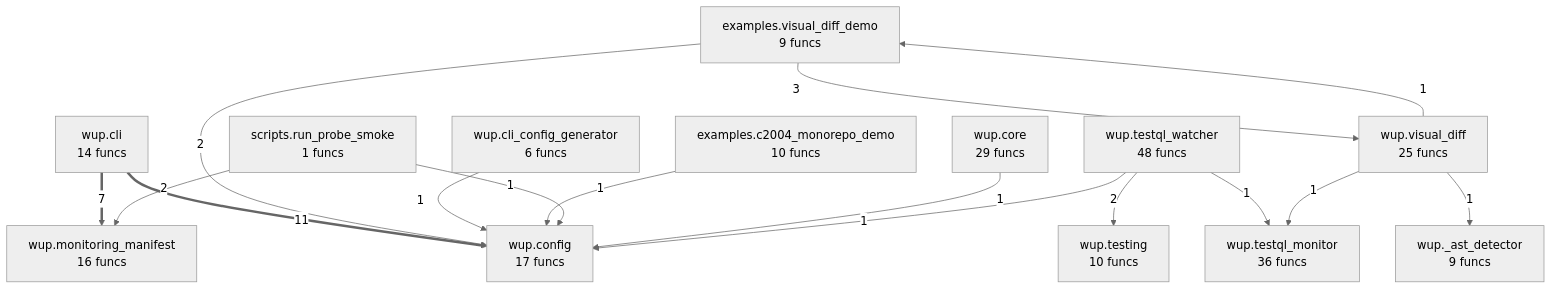
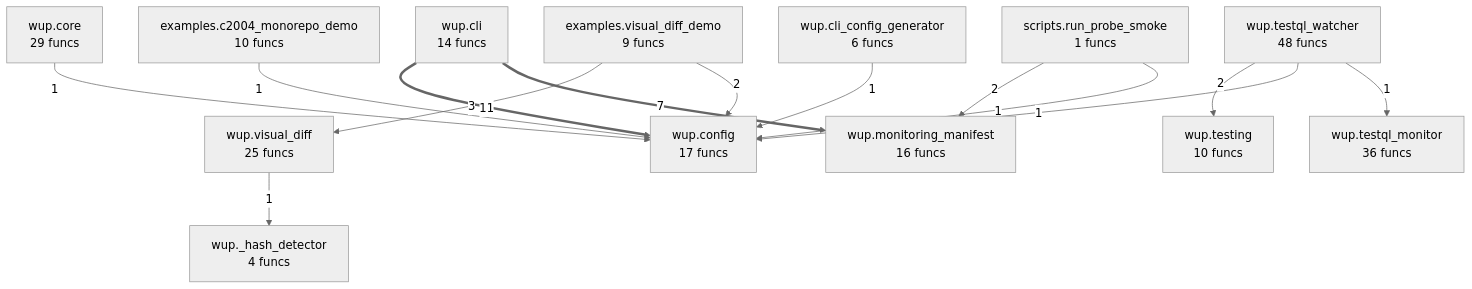
One commit to semcod/wup changed the diagram in project/compact_flow.mmd. Above: the diagram before and after it, drawn with Mermaid (neutral theme). The commit also changed 33 other files, not shown here.

```diff
--- a/project/compact_flow.mmd
+++ b/project/compact_flow.mmd
@@ -1,30 +1,28 @@
 flowchart TD
 %% generated in 0.01s
     examples__c2004_monorepo_demo["examples.c2004_monorepo_demo<br/>10 funcs"]
     examples__visual_diff_demo["examples.visual_diff_demo<br/>9 funcs"]
     scripts__run_probe_smoke["scripts.run_probe_smoke<br/>1 funcs"]
-    wup___ast_detector["wup._ast_detector<br/>9 funcs"]
+    wup___hash_detector["wup._hash_detector<br/>4 funcs"]
     wup__cli["wup.cli<br/>14 funcs"]
     wup__cli_config_generator["wup.cli_config_generator<br/>6 funcs"]
     wup__config["wup.config<br/>17 funcs"]
     wup__core["wup.core<br/>29 funcs"]
     wup__monitoring_manifest["wup.monitoring_manifest<br/>16 funcs"]
     wup__testing["wup.testing<br/>10 funcs"]
     wup__testql_monitor["wup.testql_monitor<br/>36 funcs"]
     wup__testql_watcher["wup.testql_watcher<br/>48 funcs"]
     wup__visual_diff["wup.visual_diff<br/>25 funcs"]
     wup__cli ==>|11| wup__config
     wup__cli ==>|7| wup__monitoring_manifest
     examples__visual_diff_demo -->|3| wup__visual_diff
     examples__visual_diff_demo -->|2| wup__config
+    wup__testql_watcher -->|2| wup__testing
     scripts__run_probe_smoke -->|2| wup__monitoring_manifest
-    wup__testql_watcher -->|2| wup__testing
-    wup__cli_config_generator -->|1| wup__config
+    wup__core -->|1| wup__config
+    wup__visual_diff -->|1| wup___hash_detector
     examples__c2004_monorepo_demo -->|1| wup__config
-    scripts__run_probe_smoke -->|1| wup__config
-    wup__core -->|1| wup__config
     wup__testql_watcher -->|1| wup__config
     wup__testql_watcher -->|1| wup__testql_monitor
-    wup__visual_diff -->|1| wup__testql_monitor
-    wup__visual_diff -->|1| wup___ast_detector
-    wup__visual_diff -->|1| examples__visual_diff_demo
+    scripts__run_probe_smoke -->|1| wup__config
+    wup__cli_config_generator -->|1| wup__config
```
